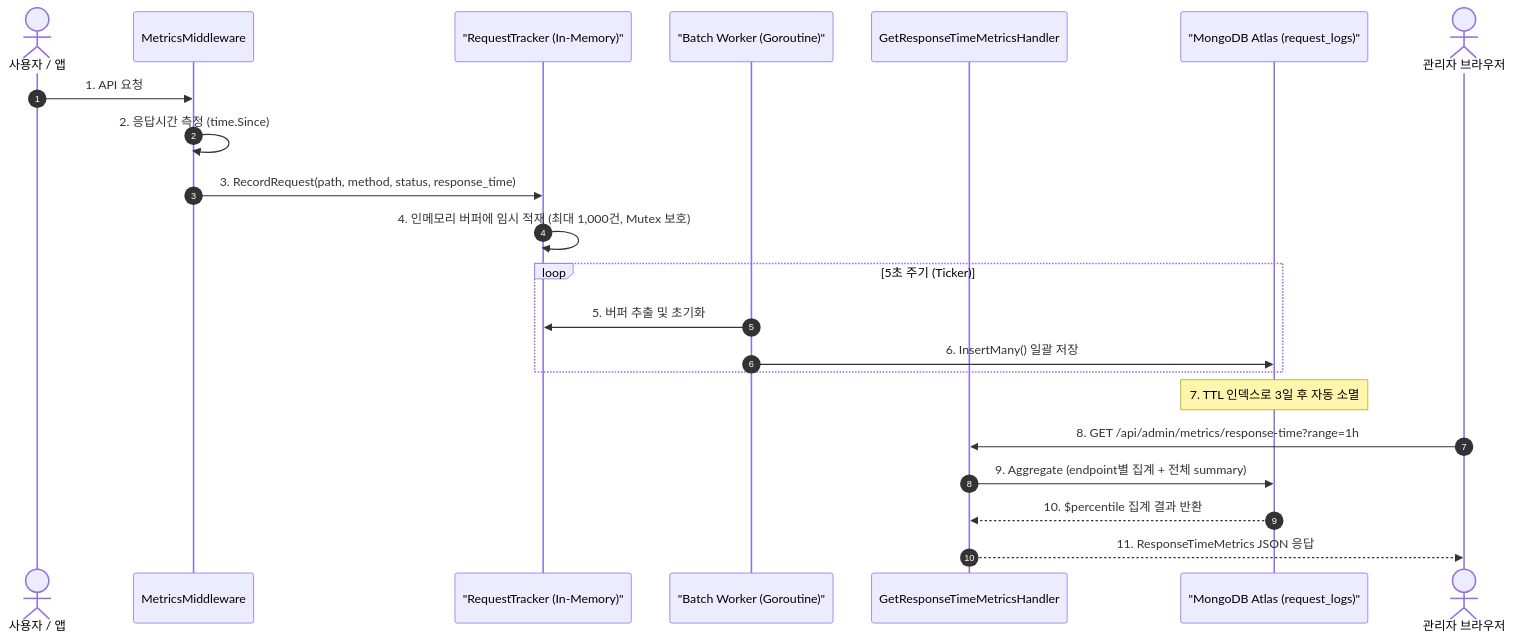
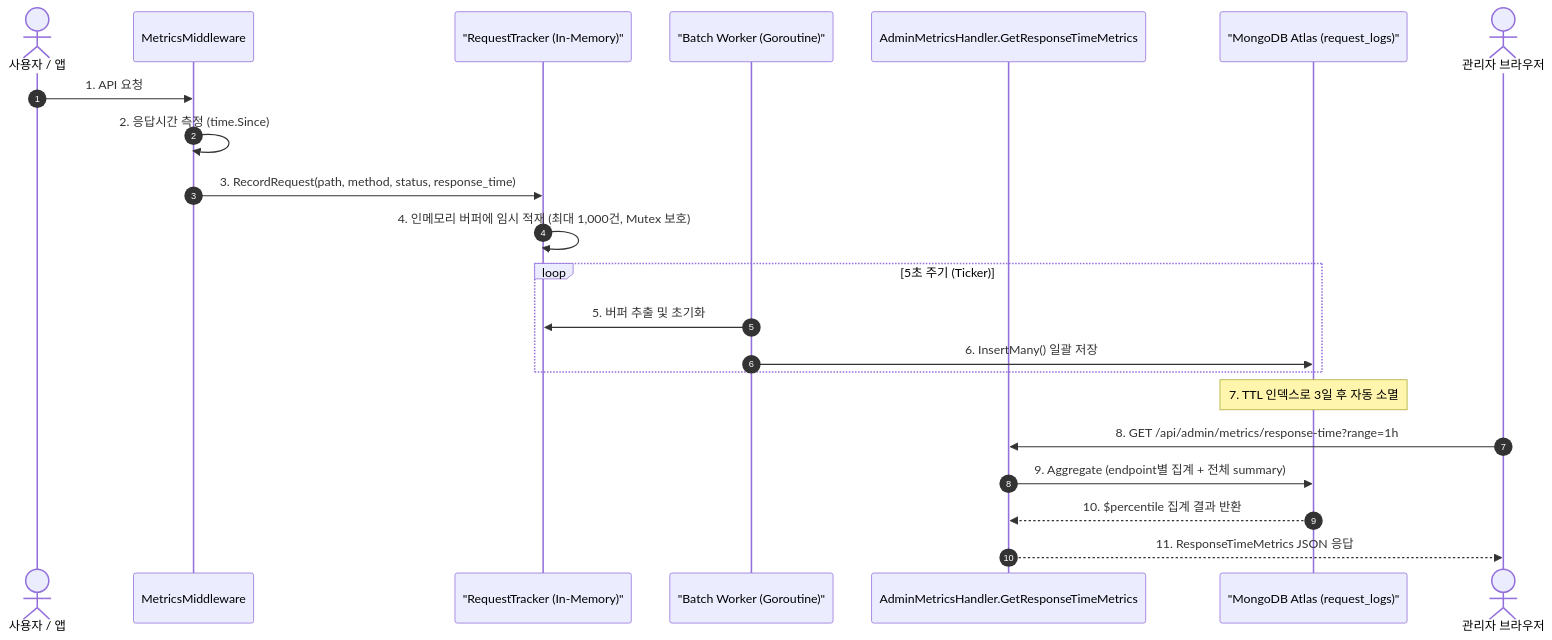
The diagram in docs/implementation/response-time-dashboard.ko.md (Espi8624/yoyaku_mate_server), drawn with Mermaid before and after one commit. The commit also changed other lines of this file and 16 other files, not shown here.

````diff
--- a/docs/implementation/response-time-dashboard.ko.md
+++ b/docs/implementation/response-time-dashboard.ko.md
@@ -12,28 +12,28 @@
 ```mermaid
 sequenceDiagram
     autonumber
     actor Client as 사용자 / 앱
     participant Middleware as MetricsMiddleware
     participant Tracker as "RequestTracker (In-Memory)"
     participant Worker as "Batch Worker (Goroutine)"
-    participant Handler as GetResponseTimeMetricsHandler
+    participant Handler as AdminMetricsHandler.GetResponseTimeMetrics
     participant DB as "MongoDB Atlas (request_logs)"
     actor Admin as 관리자 브라우저
 
     Client->>Middleware: 1. API 요청
     Middleware->>Middleware: 2. 응답시간 측정 (time.Since)
     Middleware->>Tracker: 3. RecordRequest(path, method, status, response_time)
     Tracker->>Tracker: 4. 인메모리 버퍼에 임시 적재 (최대 1,000건, Mutex 보호)
 
     loop 5초 주기 (Ticker)
         Worker->>Tracker: 5. 버퍼 추출 및 초기화
         Worker->>DB: 6. InsertMany() 일괄 저장
     end
 
     Note over DB: 7. TTL 인덱스로 3일 후 자동 소멸
 
     Admin->>Handler: 8. GET /api/admin/metrics/response-time?range=1h
     Handler->>DB: 9. Aggregate (endpoint별 집계 + 전체 summary)
     DB-->>Handler: 10. $percentile 집계 결과 반환
     Handler-->>Admin: 11. ResponseTimeMetrics JSON 응답
 ```
````
